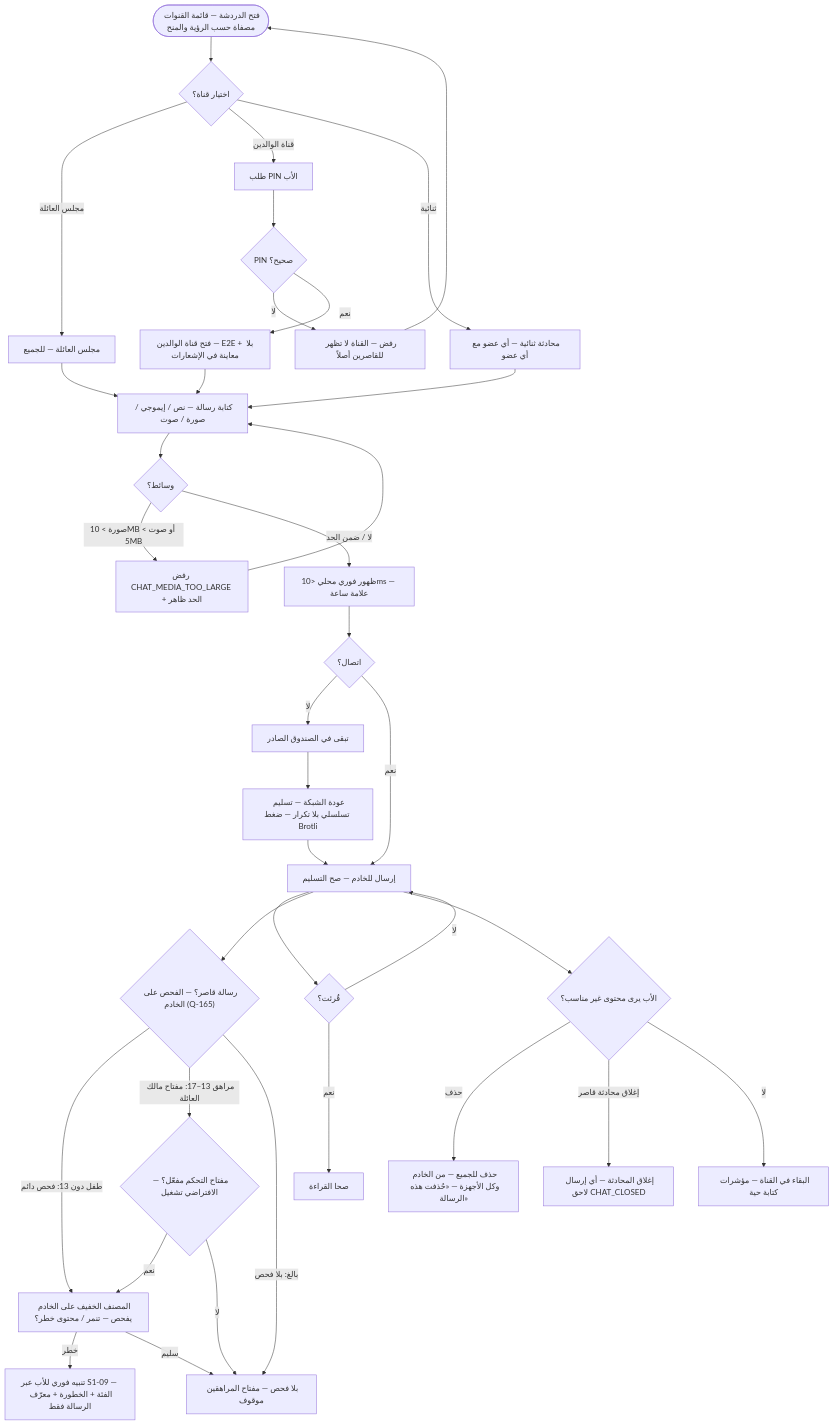
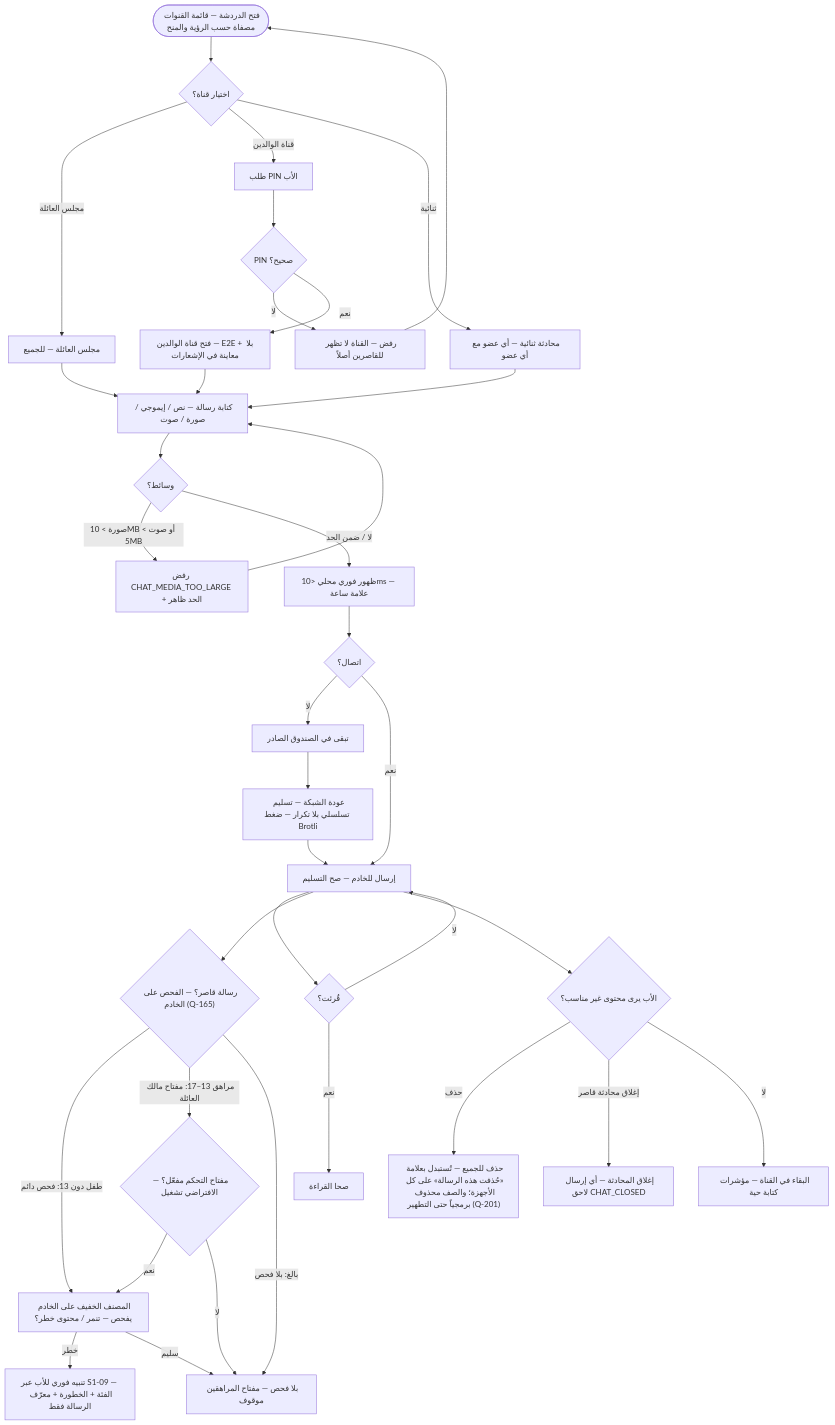
The eighth of 10 diagrams in docs/family-os/governance/phases/phase-1/S1-08-chat-basic/DIAGRAMS.md (Bassam-mohammed-alqaeadi/family-os-v2), drawn with Mermaid before and after one commit. The commit also changed 1 other file, not shown here.

Commit message:
B3: S1-08 — متطلبات وقواعد عمل (6 بنود)

````diff
--- a/docs/family-os/governance/phases/phase-1/S1-08-chat-basic/DIAGRAMS.md
+++ b/docs/family-os/governance/phases/phase-1/S1-08-chat-basic/DIAGRAMS.md
@@ -331,38 +331,38 @@
 ```mermaid
 flowchart TD
     Start([فتح الدردشة — قائمة القنوات مصفاة حسب الرؤية والمنح]) --> Pick{اختيار قناة؟}
     Pick -->|مجلس العائلة| Lounge[مجلس العائلة — للجميع]
     Pick -->|قناة الوالدين| Pin[طلب PIN الأب]
     Pick -->|ثنائية| Direct[محادثة ثنائية — أي عضو مع أي عضو]
     Pin --> PinOK{PIN صحيح؟}
     PinOK -->|لا| Deny[رفض — القناة لا تظهر للقاصرين أصلاً]
     PinOK -->|نعم| E2E[فتح قناة الوالدين — E2E + بلا معاينة في الإشعارات]
     Lounge --> Write[كتابة رسالة — نص / إيموجي / صورة / صوت]
     Direct --> Write
     E2E --> Write
     Write --> Media{وسائط؟}
     Media -->|صورة > 10MB أو صوت > 5MB| TooBig[رفض CHAT_MEDIA_TOO_LARGE + الحد ظاهر]
     Media -->|لا / ضمن الحد| Show[ظهور فوري محلي <10ms — علامة ساعة]
     Show --> Conn{اتصال؟}
     Conn -->|لا| Outbox[تبقى في الصندوق الصادر]
     Outbox --> Back[عودة الشبكة — تسليم تسلسلي بلا تكرار — ضغط Brotli]
     Back --> Sent
     Conn -->|نعم| Sent[إرسال للخادم — صح التسليم]
     Sent --> Read{قُرئت؟}
     Read -->|نعم| ReadOK[صحا القراءة]
     Read -->|لا| Sent
     Sent --> Classify{"رسالة قاصر؟ — الفحص على الخادم (Q-165)"}
     Classify -->|طفل دون 13: فحص دائم| Check[المصنف الخفيف على الخادم يفحص — تنمر / محتوى خطر؟]
     Classify -->|مراهق 13–17: مفتاح مالك العائلة| KeyOn{مفتاح التحكم مفعّل؟ — الافتراضي تشغيل}
     KeyOn -->|نعم| Check
     KeyOn -->|لا| NoCheck[بلا فحص — مفتاح المراهقين موقوف]
     Classify -->|بالغ: بلا فحص| NoCheck
     Check -->|خطر| Alert[تنبيه فوري للأب عبر S1-09 — الفئة + الخطورة + معرّف الرسالة فقط]
     Check -->|سليم| NoCheck
     Sent --> FatherAct{الأب يرى محتوى غير مناسب؟}
-    FatherAct -->|حذف| Del["حذف للجميع — من الخادم وكل الأجهزة — «حُذفت هذه الرسالة»"]
+    FatherAct -->|حذف| Del["حذف للجميع — تُستبدل بعلامة «حُذفت هذه الرسالة» على كل الأجهزة؛ والصف محذوف برمجياً حتى التطهير (Q-201)"]
     FatherAct -->|إغلاق محادثة قاصر| Close[إغلاق المحادثة — أي إرسال لاحق CHAT_CLOSED]
     FatherAct -->|لا| Stay[البقاء في القناة — مؤشرات كتابة حية]
     TooBig --> Write
     Deny --> Start
 ```
````
